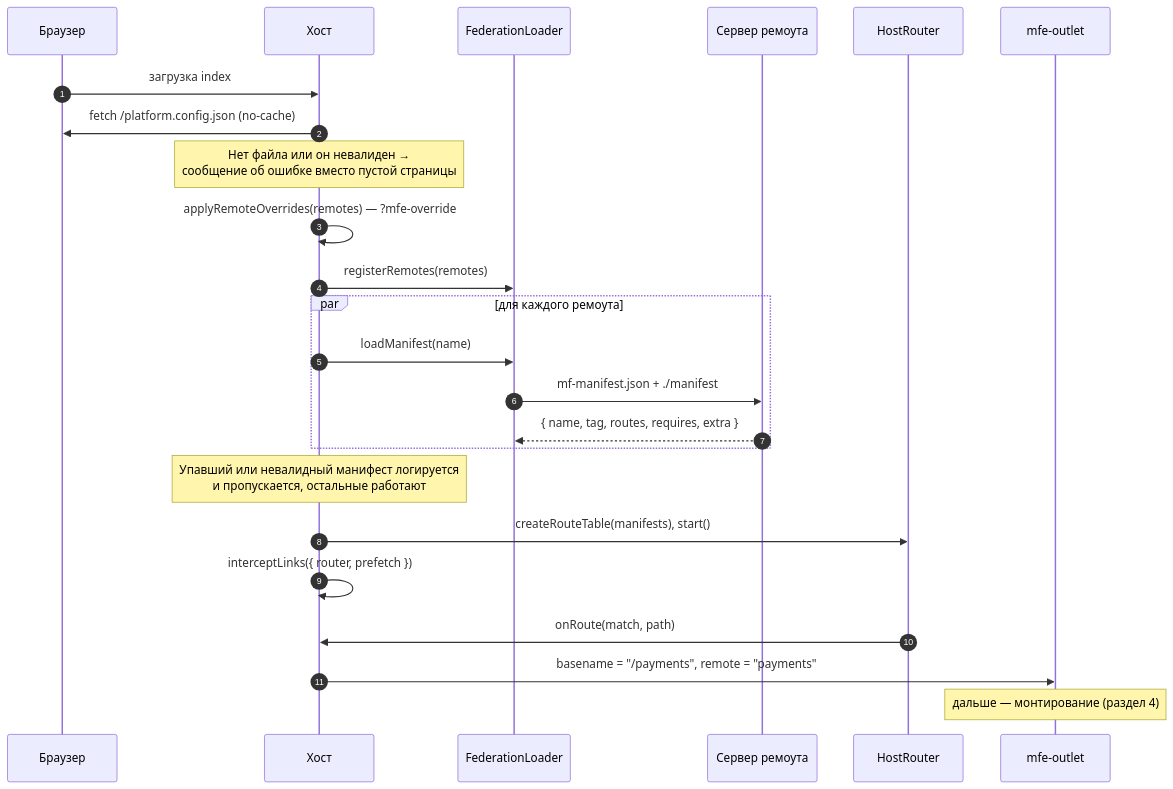
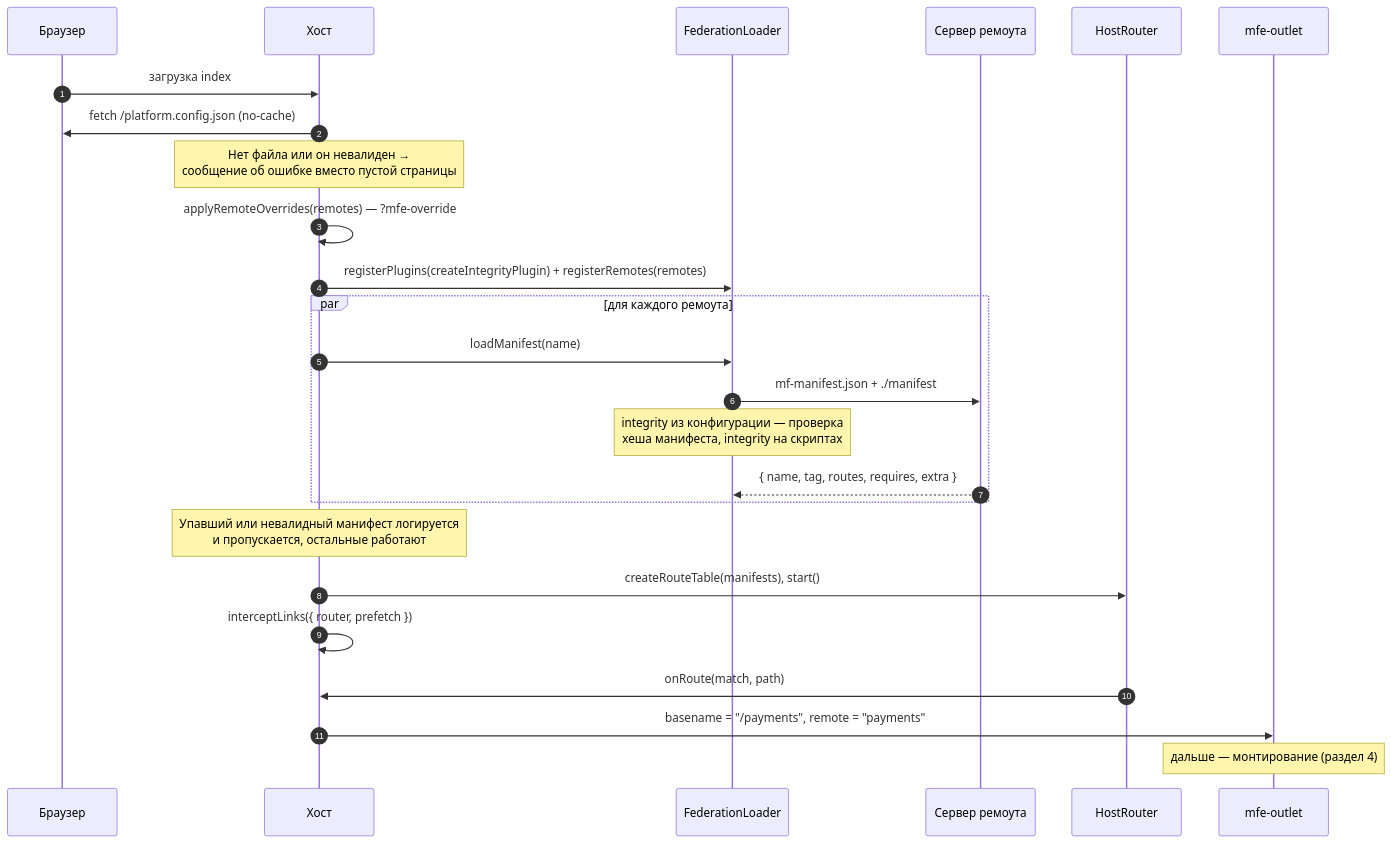
Before and after one commit to tamazyanarsen/mfe-platform: the third of 9 diagrams in docs/architecture.md, drawn with Mermaid. The commit also changed other lines of this file and 5 other files, not shown here.

````diff
--- a/docs/architecture.md
+++ b/docs/architecture.md
@@ -154,27 +154,28 @@
 ```mermaid
 sequenceDiagram
   autonumber
   participant B as Браузер
   participant H as Хост
   participant L as FederationLoader
   participant R as Сервер ремоута
   participant Rt as HostRouter
   participant O as mfe-outlet
 
   B->>H: загрузка index
   H->>B: fetch /platform.config.json (no-cache)
   Note over H: Нет файла или он невалиден →<br/>сообщение об ошибке вместо пустой страницы
   H->>H: applyRemoteOverrides(remotes) — ?mfe-override
-  H->>L: registerRemotes(remotes)
+  H->>L: registerPlugins(createIntegrityPlugin) + registerRemotes(remotes)
   par для каждого ремоута
     H->>L: loadManifest(name)
     L->>R: mf-manifest.json + ./manifest
+    Note over L: integrity из конфигурации — проверка<br/>хеша манифеста, integrity на скриптах
     R-->>L: { name, tag, routes, requires, extra }
   end
   Note over H: Упавший или невалидный манифест логируется<br/>и пропускается, остальные работают
   H->>Rt: createRouteTable(manifests), start()
   H->>H: interceptLinks({ router, prefetch })
   Rt->>H: onRoute(match, path)
   H->>O: basename = "/payments", remote = "payments"
   Note over O: дальше — монтирование (раздел 4)
 ```
````
